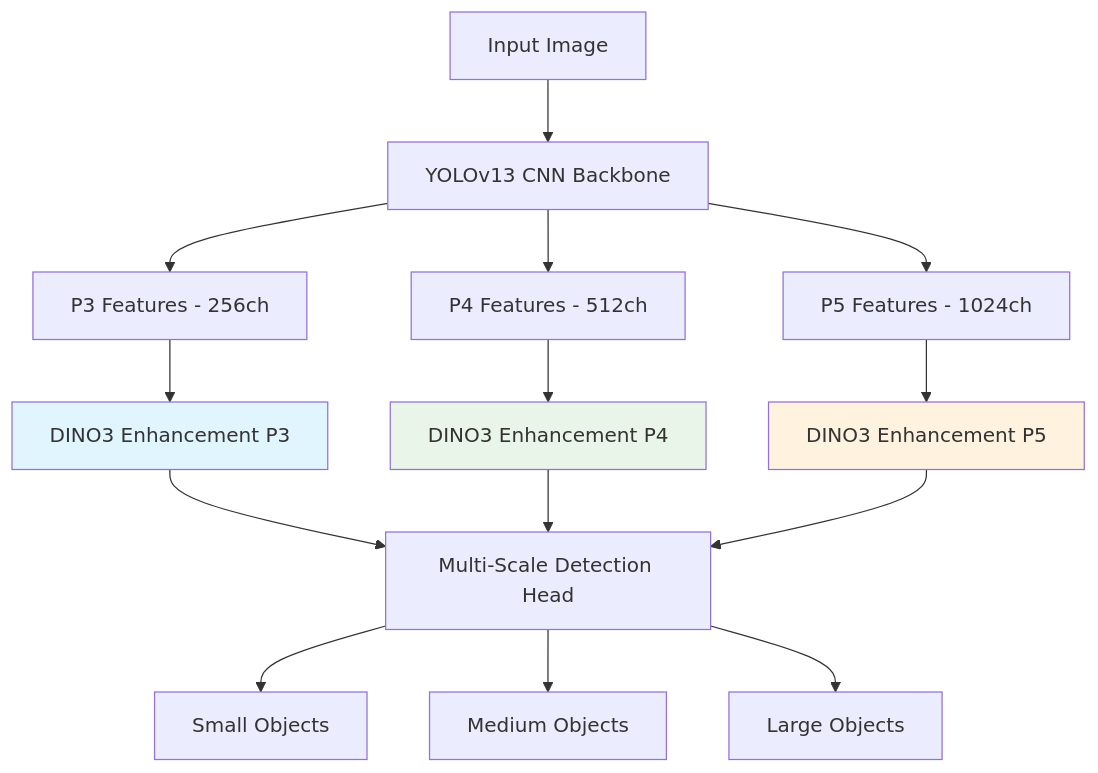
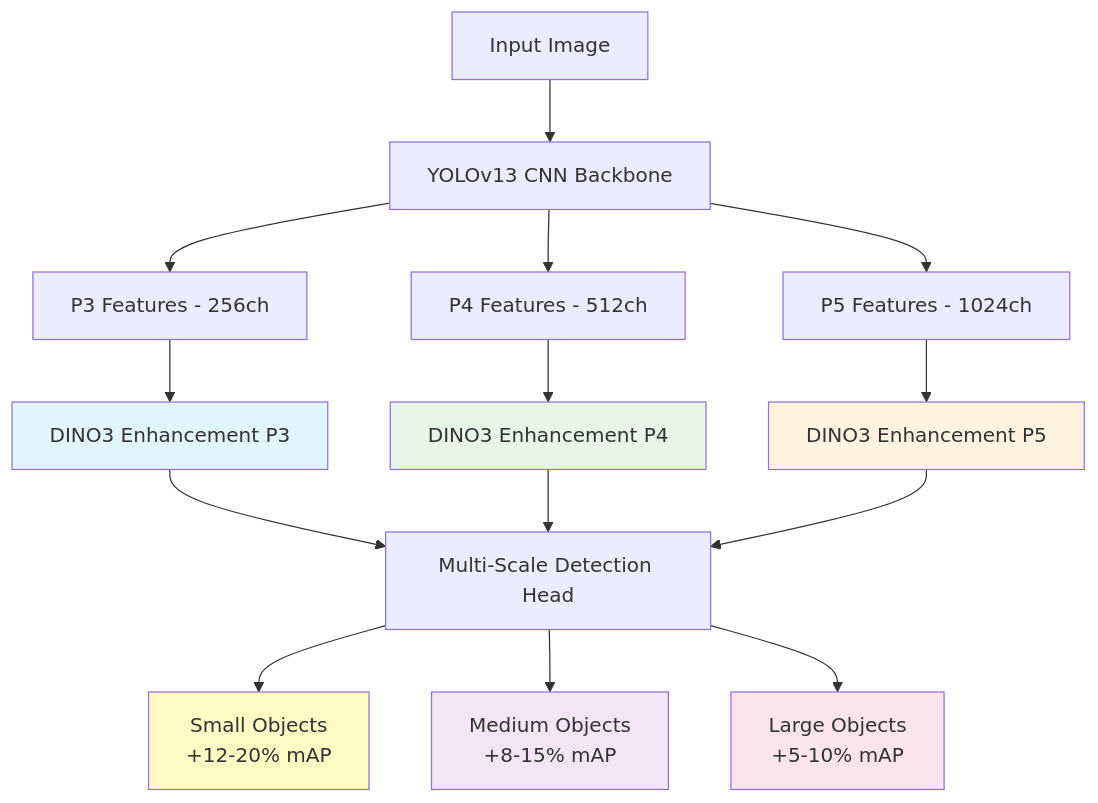
The diagram in README.md (Sompote/DINOV3_YOLO), drawn with Mermaid before and after one commit. The commit also changed other lines of this file and 6 other files, not shown here.

````diff
--- a/README.md
+++ b/README.md
@@ -135,23 +286,26 @@
 ```mermaid
 graph TD
     A[Input Image] --> B[YOLOv13 CNN Backbone]
     B --> C[P3 Features - 256ch]
     B --> D[P4 Features - 512ch]
     B --> E[P5 Features - 1024ch]
     
     C --> F[DINO3 Enhancement P3]
     D --> G[DINO3 Enhancement P4]
     E --> H[DINO3 Enhancement P5]
     
     F --> I[Multi-Scale Detection Head]
     G --> I
     H --> I
     
-    I --> J[Small Objects]
-    I --> K[Medium Objects]
-    I --> L[Large Objects]
+    I --> J[Small Objects<br/>+12-20% mAP]
+    I --> K[Medium Objects<br/>+8-15% mAP]
+    I --> L[Large Objects<br/>+5-10% mAP]
     
     style F fill:#e1f5fe
     style G fill:#e8f5e8
     style H fill:#fff3e0
+    style J fill:#fff9c4
+    style K fill:#f3e5f5
+    style L fill:#fce4ec
 ```
````
